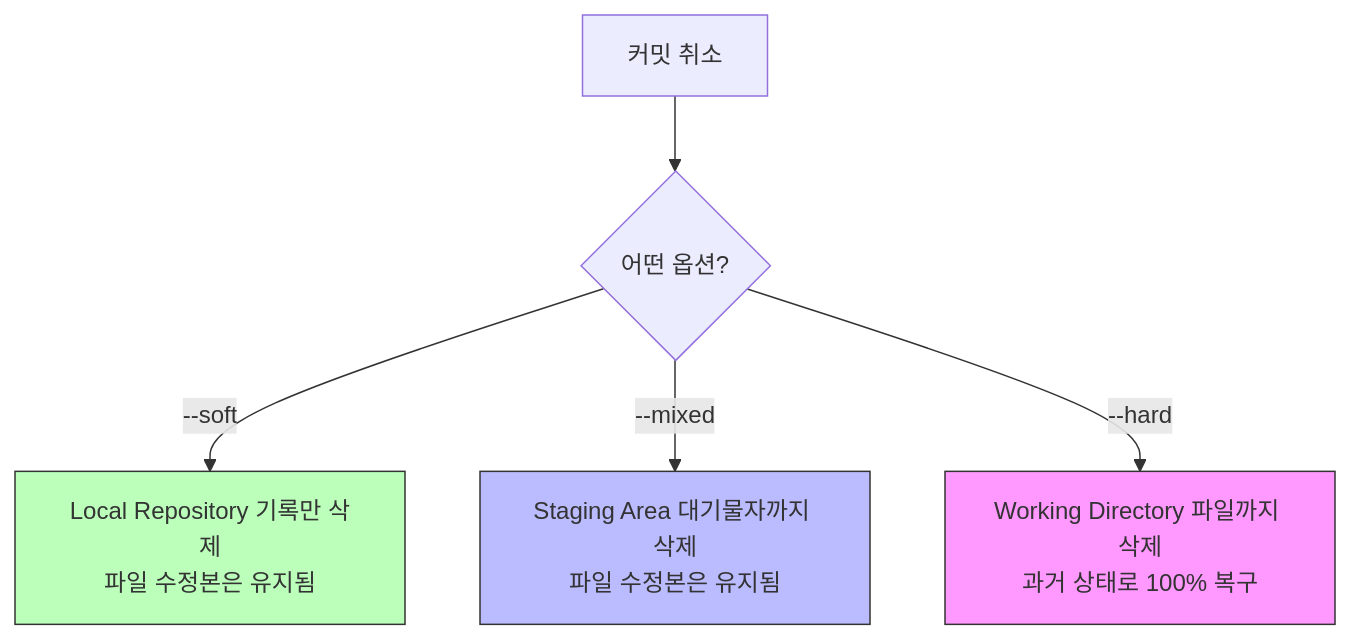
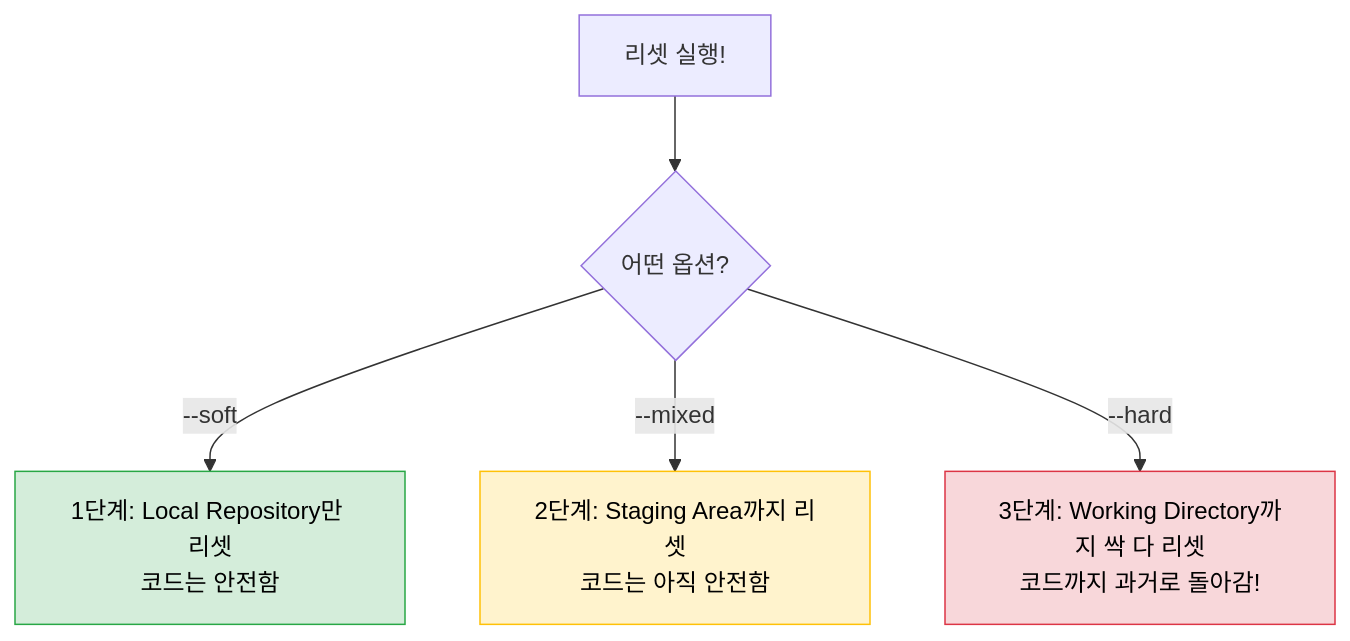
The diagram in CS/Git/2_log_reset.md (pr0ved99/TIL), drawn with Mermaid before and after one commit. The commit also changed other lines of this file and 4 other files, not shown here.

````diff
--- a/CS/Git/2_log_reset.md
+++ b/CS/Git/2_log_reset.md
@@ -43,11 +48,11 @@
 ```mermaid
 graph TD
-    A[커밋 취소] --> B{어떤 옵션?}
-    B -- "--soft" --> C[Local Repository 기록만 삭제<br/>파일 수정본은 유지됨]
-    B -- "--mixed" --> D[Staging Area 대기물자까지 삭제<br/>파일 수정본은 유지됨]
-    B -- "--hard" --> E[Working Directory 파일까지 삭제<br/>과거 상태로 100% 복구]
+    Start[리셋 실행!] --> Choice{어떤 옵션?}
+    Choice -- "--soft" --> R1[1단계: Local Repository만 리셋<br/>코드는 안전함]
+    Choice -- "--mixed" --> R2[2단계: Staging Area까지 리셋<br/>코드는 아직 안전함]
+    Choice -- "--hard" --> R3[3단계: Working Directory까지 싹 다 리셋<br/>코드까지 과거로 돌아감!]
 
-    style C fill:#bfb,stroke:#333
-    style D fill:#bbf,stroke:#333
-    style E fill:#f9f,stroke:#333
+    style R1 fill:#d4edda,stroke:#28a745,color:black
+    style R2 fill:#fff3cd,stroke:#ffc107,color:black
+    style R3 fill:#f8d7da,stroke:#dc3545,color:black
 ```
````
